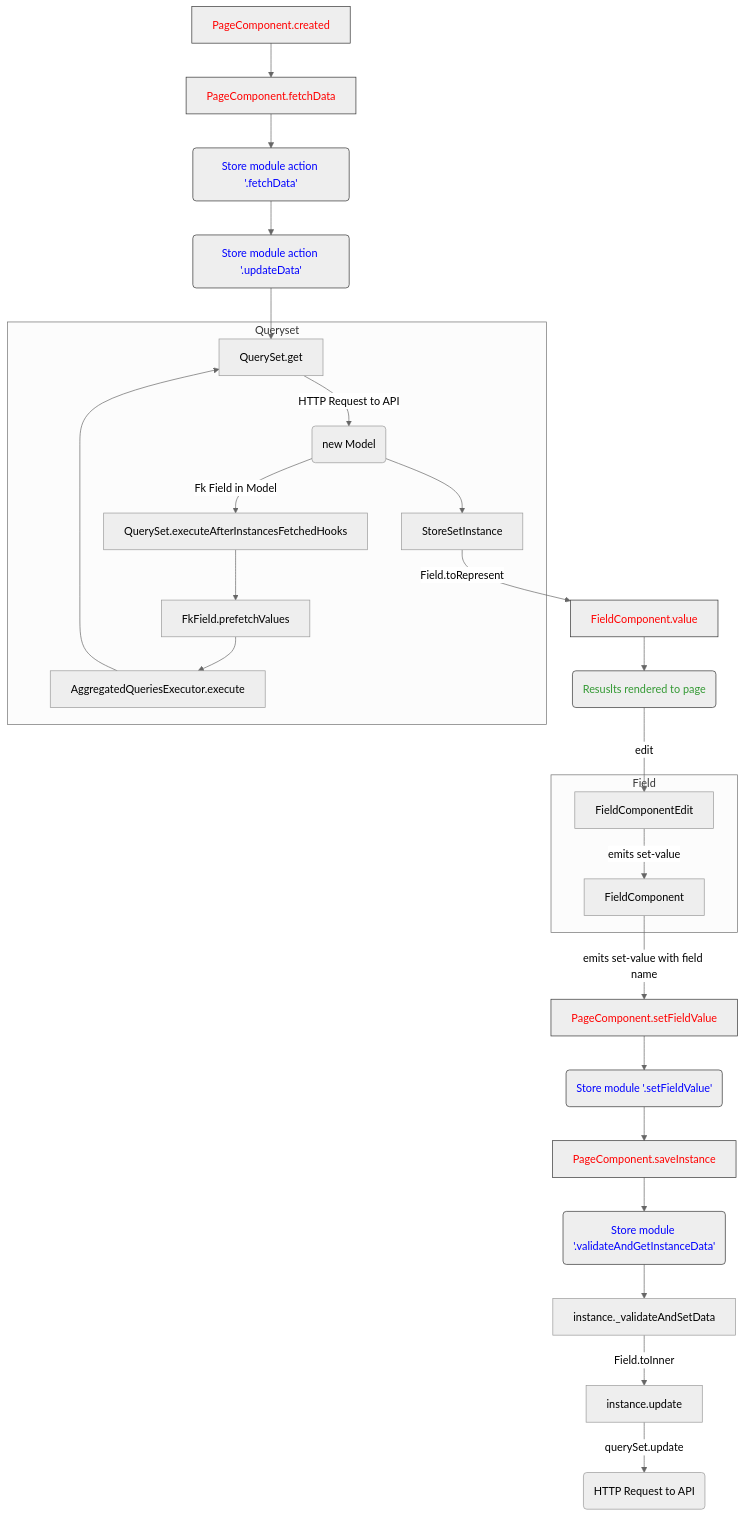
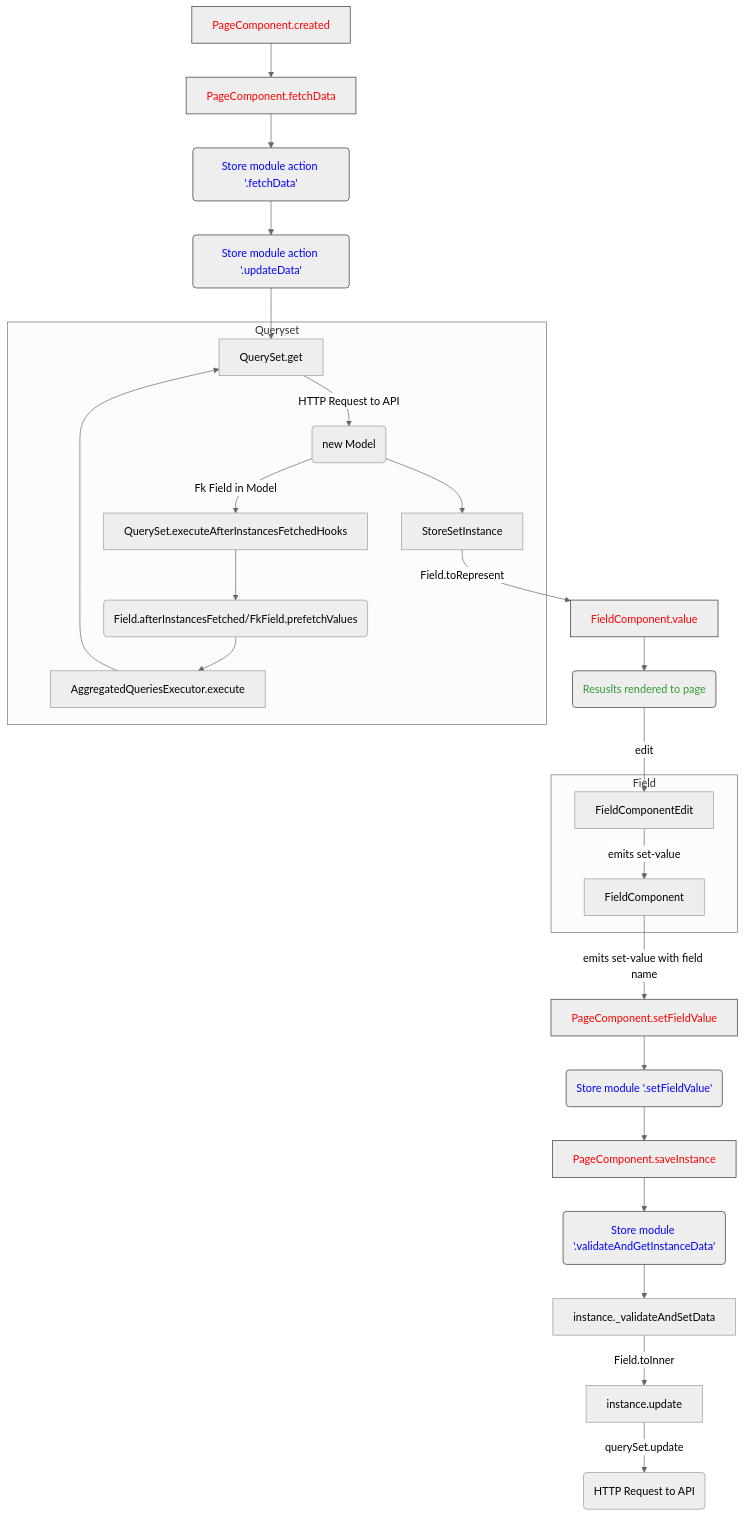
The diagram in doc/frontend-manual.rst (vstconsulting/vstutils), drawn with Mermaid (neutral theme) before and after one commit. The commit also changed 91 other files, not shown here.

```diff
--- a/doc/frontend-manual.rst
+++ b/doc/frontend-manual.rst
@@ -9,27 +9,27 @@
 .. mermaid::
 
     graph TD
       PageComponent.created:::Component --> PageComponent.fetchData:::Component
       PageComponent.fetchData --> SMFetchData(Store module action '.fetchData')
       SMFetchData:::StoreModule --> SMUpdate(Store module action '.updateData'):::StoreModule --> QuerySet.get
       subgraph Queryset
       QuerySet.get -- HTTP Request to API --> NewModel(new Model)
-      NewModel -- Fk Field in Model --> QuerySet.executeAfterInstancesFetchedHooks --> FkField.prefetchValues
+      NewModel -- Fk Field in Model --> QuerySet.executeAfterInstancesFetchedHooks --> Field.afterInstancesFetched(Field.afterInstancesFetched/FkField.prefetchValues)
       NewModel --> StoreSetInstance
-      FkField.prefetchValues --> AggregatedQueriesExecutor.execute --> QuerySet.get
+      Field.afterInstancesFetched --> AggregatedQueriesExecutor.execute --> QuerySet.get
       end
       StoreSetInstance -- Field.toRepresent --> FieldComponent.value
       FieldComponent.value:::Component --> Rendered(Resuslts rendered to page)
       Rendered:::Render -- edit --> FieldComponentEdit
       subgraph Field
       FieldComponentEdit --emits set-value--> FieldComponent
       end
       FieldComponent --emits set-value with field name--> PageComponent.setFieldValue:::Component
       PageComponent.setFieldValue --> SM(Store module '.setFieldValue'):::StoreModule
       SM --> PageComponent.saveInstance:::Component -->   SMValidateGet(Store module '.validateAndGetInstanceData'):::StoreModule
       SMValidateGet --> instance._validateAndSetData -- Field.toInner --> instance.update
       instance.update -- querySet.update --> Post(HTTP Request to API)
 
     classDef Component stroke:#333,color:#f00;
     classDef StoreModule  stroke:#333,color:#00f;
     classDef Render stroke:#333,color:#393;
```
